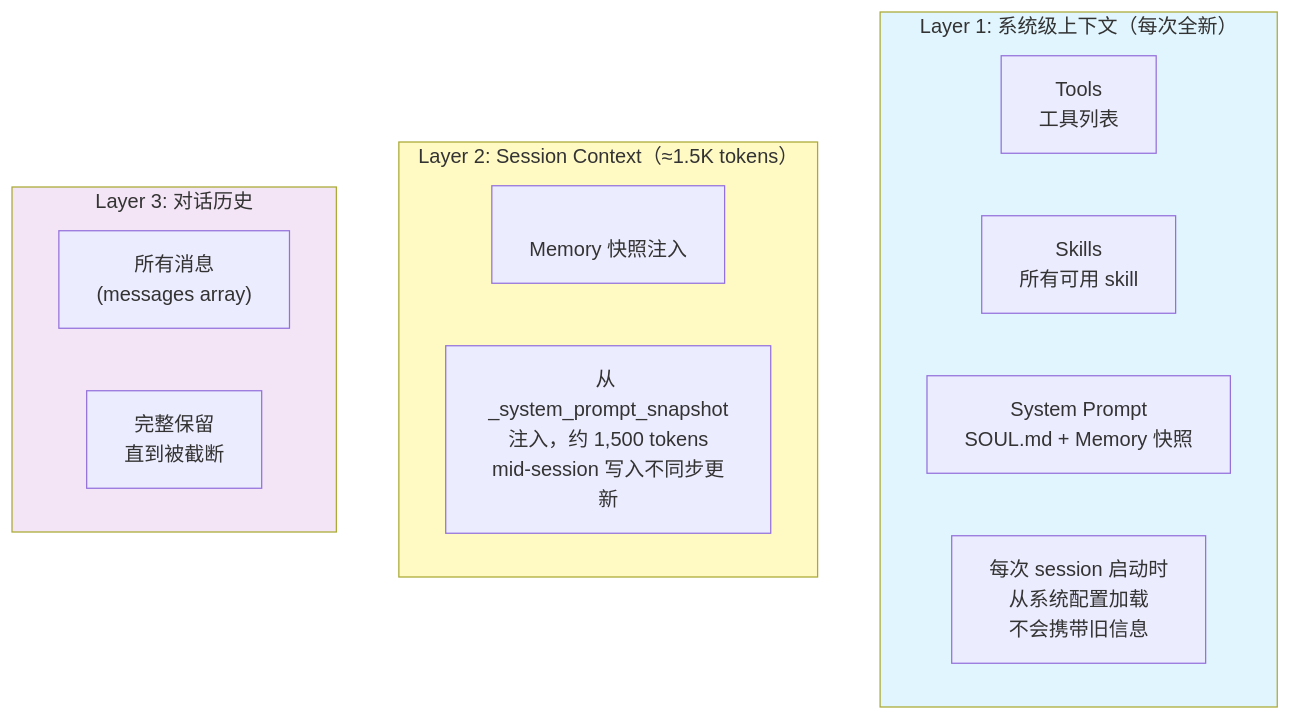
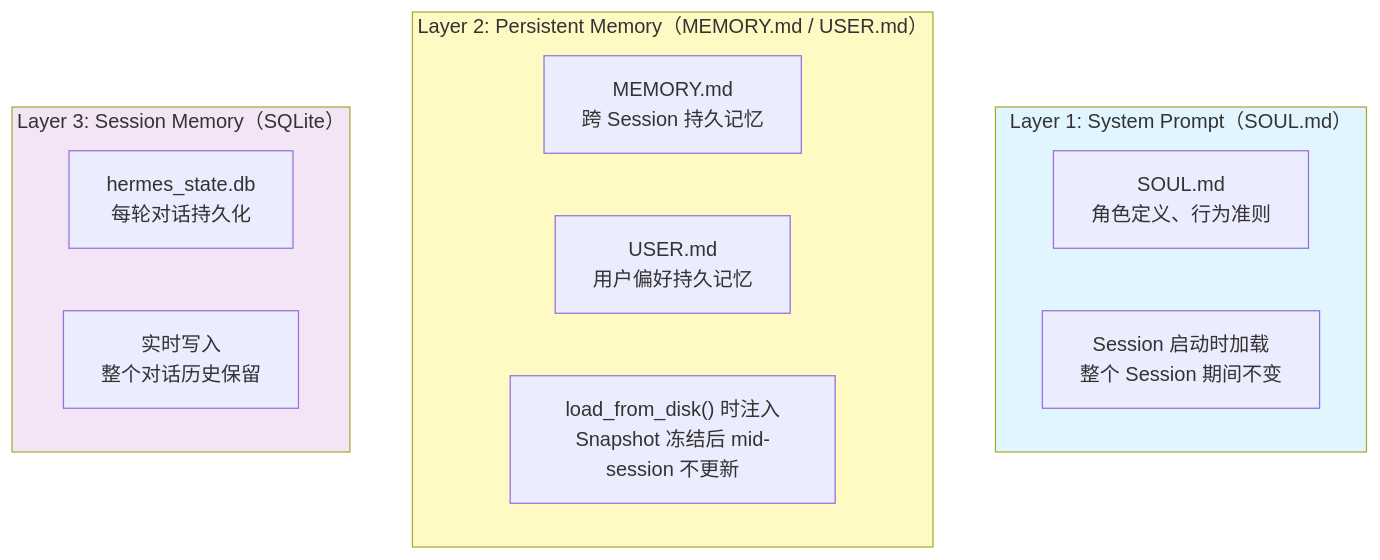
The first of 4 diagrams in 第4章-Memory系统对比.md (zzyong24/hermes-openclaw-book), drawn with Mermaid before and after one commit. The commit also changed other lines of this file and 6 other files, not shown here.

Commit message:
修复 mermaid 图表：flowchart 改为 graph 兼容 11.x

````diff
--- a/第4章-Memory系统对比.md
+++ b/第4章-Memory系统对比.md
@@ -23,26 +24,25 @@
 ```mermaid
-flowchart TB
-    subgraph Layer1["Layer 1: 系统级上下文（每次全新）"]
-        T1["Tools<br>工具列表"]
-        T2["Skills<br>所有可用 skill"]
-        T3["System Prompt<br>SOUL.md + Memory 快照"]
+graph TB
+    subgraph Layer1["Layer 1: System Prompt（SOUL.md）"]
+        T1["SOUL.md<br>角色定义、行为准则"]
         
-        note1["每次 session 启动时<br>从系统配置加载<br>不会携带旧信息"]
+        note1["Session 启动时加载<br>整个 Session 期间不变"]
     end
 
-    subgraph Layer2["Layer 2: Session Context（≈1.5K tokens）"]
-        S1["<memory-context><br>Memory 快照注入"]
+    subgraph Layer2["Layer 2: Persistent Memory（MEMORY.md / USER.md）"]
+        T2["MEMORY.md<br>跨 Session 持久记忆"]
+        T3["USER.md<br>用户偏好持久记忆"]
         
-        note2["从 _system_prompt_snapshot<br>注入，约 1,500 tokens<br>mid-session 写入不同步更新"]
+        note2["load_from_disk() 时注入<br>Snapshot 冻结后 mid-session 不更新"]
     end
 
-    subgraph Layer3["Layer 3: 对话历史"]
-        H1["所有消息<br>(messages array)"]
+    subgraph Layer3["Layer 3: Session Memory（SQLite）"]
+        T4["hermes_state.db<br>每轮对话持久化"]
         
-        note3["完整保留<br>直到被截断"]
+        note3["实时写入<br>整个对话历史保留"]
     end
 
     style Layer1 fill:#e1f5fe
     style Layer2 fill:#fff9c4
     style Layer3 fill:#f3e5f5
 ```
````
